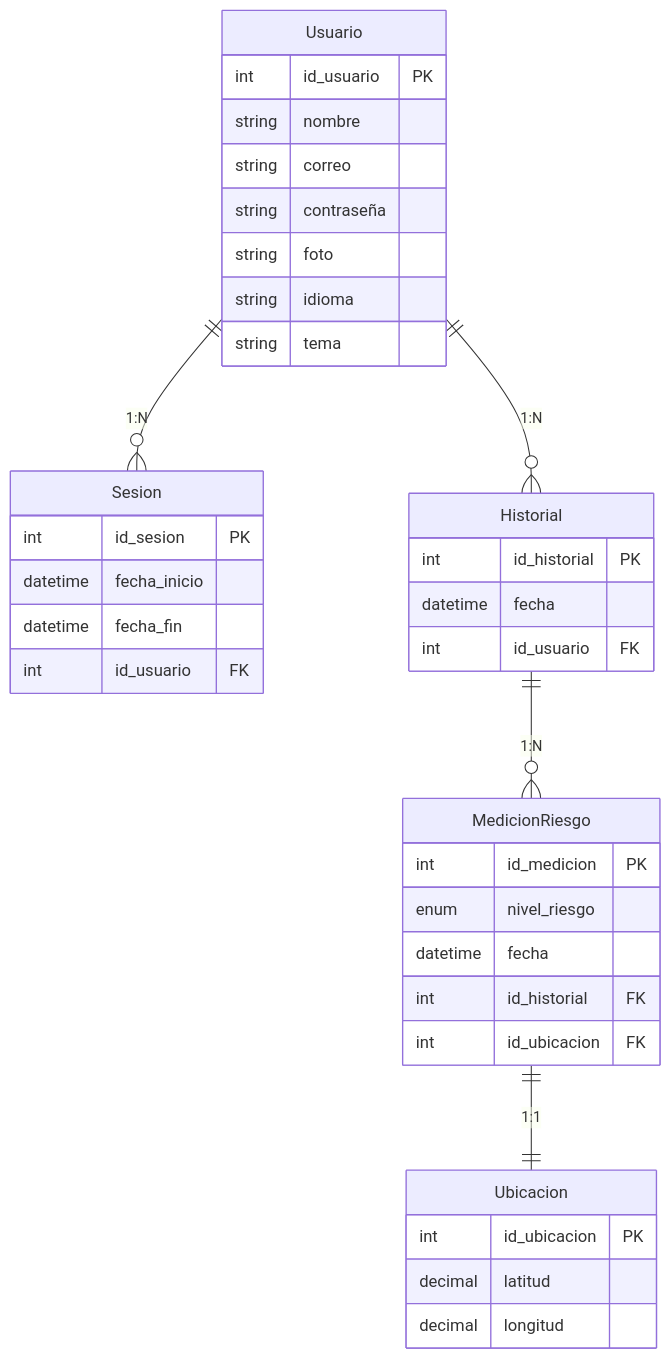
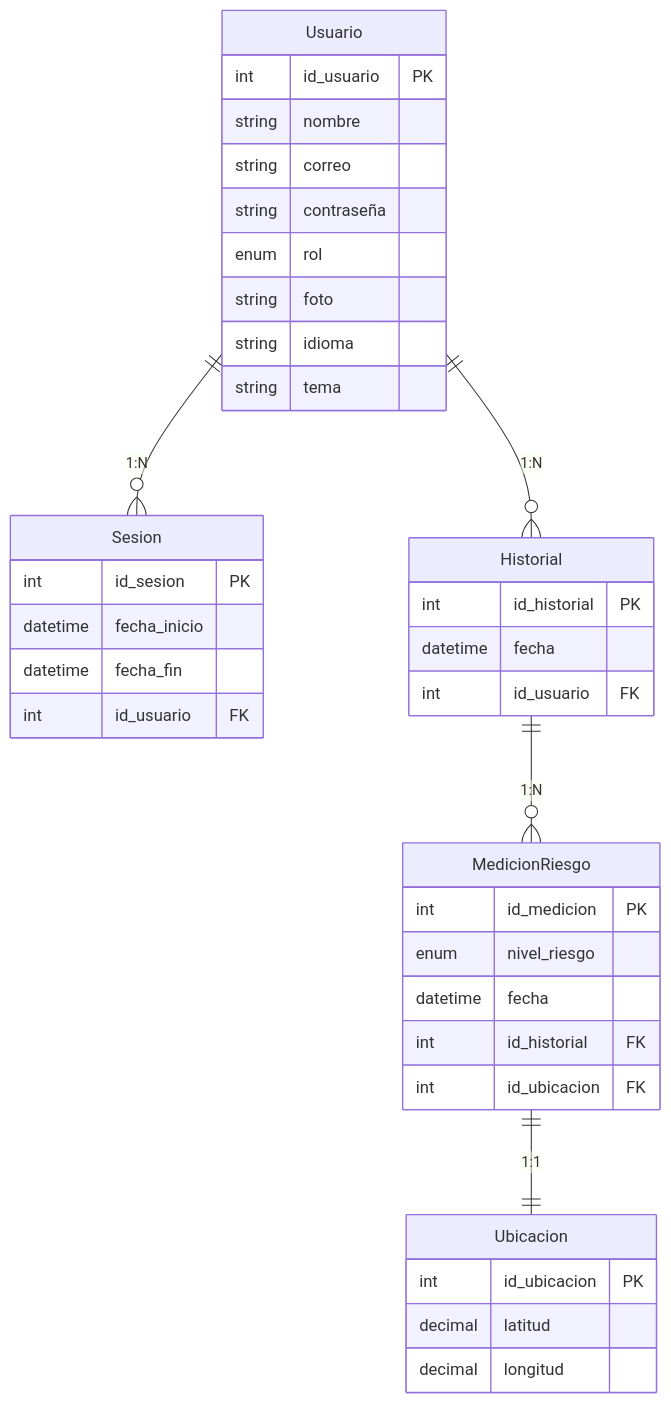
The third of 4 diagrams in doc/README.md (molerocn/urbansafe-app), drawn with Mermaid before and after one commit. The commit also changed other lines of this file, not shown here.

Commit message:
doc: modificaciòn Readme.md sobre los roles

````diff
--- a/doc/README.md
+++ b/doc/README.md
@@ -107,45 +108,46 @@
 ```mermaid
 erDiagram
     Usuario {
         int id_usuario PK
         string nombre
         string correo
         string contraseña
+        enum rol
         string foto
         string idioma
         string tema
     }
 
     Sesion {
         int id_sesion PK
         datetime fecha_inicio
         datetime fecha_fin
         int id_usuario FK
     }
 
     Historial {
         int id_historial PK
         datetime fecha
         int id_usuario FK
     }
 
     MedicionRiesgo {
         int id_medicion PK
         enum nivel_riesgo
         datetime fecha
         int id_historial FK
         int id_ubicacion FK
     }
 
     Ubicacion {
         int id_ubicacion PK
         decimal latitud
         decimal longitud
     }
 
     %% Relaciones
     Usuario ||--o{ Sesion : "1:N"
     Usuario ||--o{ Historial : "1:N"
     Historial ||--o{ MedicionRiesgo : "1:N"
     MedicionRiesgo ||--|| Ubicacion : "1:1"
 ```
````
